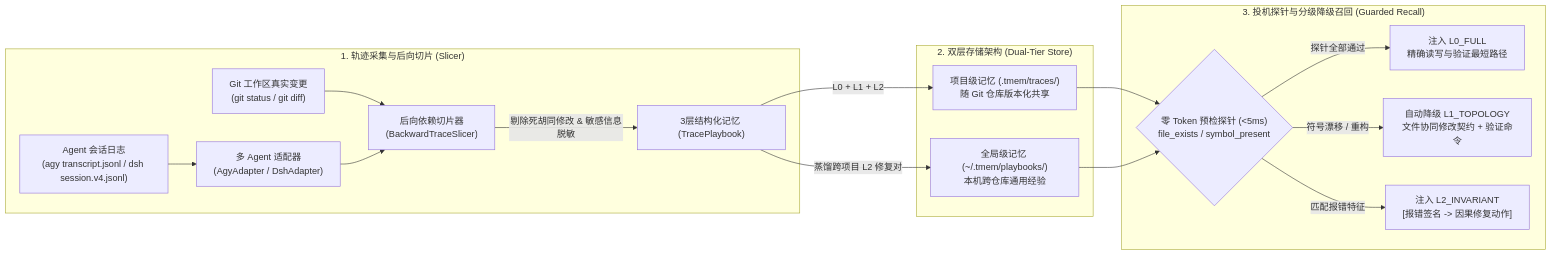
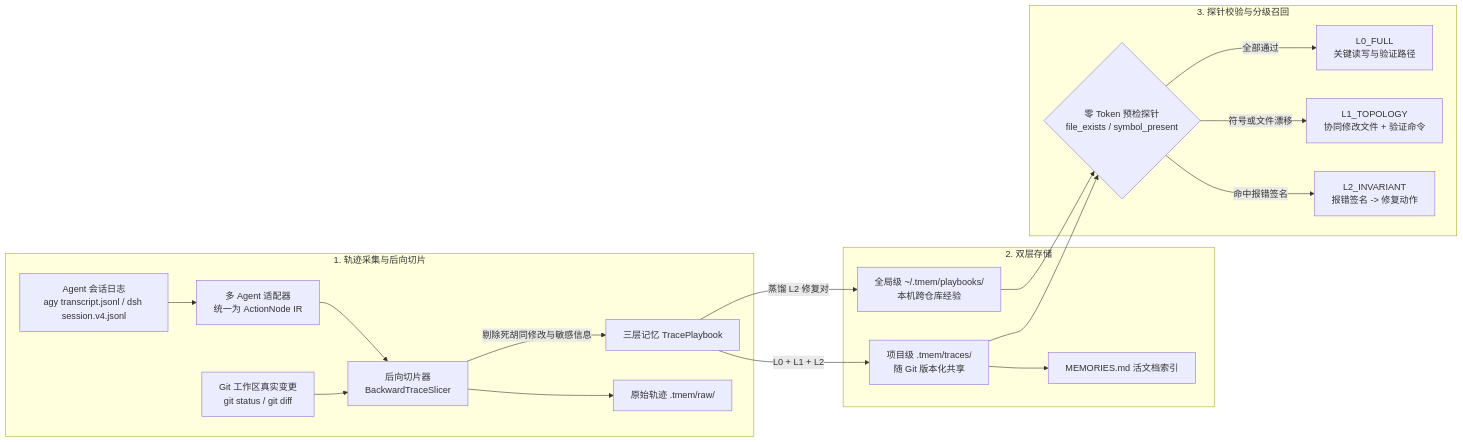
One commit to kentzjh-cmd/tmem changed the first of 2 diagrams in README.md. Above: the diagram before and after it, drawn with Mermaid. The commit also changed other lines of this file and 13 other files, not shown here.

First line of the commit message:
feat: implement Phase 1 deterministic execution-intent graph

````diff
--- a/README.md
+++ b/README.md
@@ -21,21 +52,23 @@
 ```mermaid
 flowchart LR
-    subgraph Capture["1. 轨迹采集与后向切片 (Slicer)"]
-        T["Agent 会话日志\n(agy transcript.jsonl / dsh session.v4.jsonl)"] --> A["多 Agent 适配器\n(AgyAdapter / DshAdapter)"]
-        G["Git 工作区真实变更\n(git status / git diff)"] --> S["后向依赖切片器\n(BackwardTraceSlicer)"]
+    subgraph Capture["1. 轨迹采集与后向切片"]
+        T["Agent 会话日志<br/>agy transcript.jsonl / dsh session.v4.jsonl"] --> A["多 Agent 适配器<br/>统一为 ActionNode IR"]
+        G["Git 工作区真实变更<br/>git status / git diff"] --> S["后向切片器<br/>BackwardTraceSlicer"]
         A --> S
-        S -->|"剔除死胡同修改 & 敏感信息脱敏"| P["3层结构化记忆 (TracePlaybook)"]
+        S -->|"剔除死胡同修改与敏感信息"| P["三层记忆 TracePlaybook"]
+        S --> R["原始轨迹 .tmem/raw/"]
     end
 
-    subgraph Store["2. 双层存储架构 (Dual-Tier Store)"]
-        P -->|"L0 + L1 + L2"| Proj["项目级记忆 (.tmem/traces/)\n随 Git 仓库版本化共享"]
-        P -->|"蒸馏跨项目 L2 修复对"| Glob["全局级记忆 (~/.tmem/playbooks/)\n本机跨仓库通用经验"]
+    subgraph Store["2. 双层存储"]
+        P -->|"L0 + L1 + L2"| Proj["项目级 .tmem/traces/<br/>随 Git 版本化共享"]
+        P -->|"蒸馏 L2 修复对"| Glob["全局级 ~/.tmem/playbooks/<br/>本机跨仓库经验"]
+        Proj --> Doc["MEMORIES.md 活文档索引"]
     end
 
-    subgraph Recall["3. 投机探针与分级降级召回 (Guarded Recall)"]
-        Proj & Glob --> Guard{"零 Token 预检探针 (<5ms)\nfile_exists / symbol_present"}
-        Guard -->|"探针全部通过"| L0["注入 L0_FULL\n精确读写与验证最短路径"]
-        Guard -->|"符号漂移 / 重构"| L1["自动降级 L1_TOPOLOGY\n文件协同修改契约 + 验证命令"]
-        Guard -->|"匹配报错特征"| L2["注入 L2_INVARIANT\n[报错签名 -> 因果修复动作]"]
+    subgraph Recall["3. 探针校验与分级召回"]
+        Proj & Glob --> Guard{"零 Token 预检探针<br/>file_exists / symbol_present"}
+        Guard -->|"全部通过"| L0["L0_FULL<br/>关键读写与验证路径"]
+        Guard -->|"符号或文件漂移"| L1["L1_TOPOLOGY<br/>协同修改文件 + 验证命令"]
+        Guard -->|"命中报错签名"| L2["L2_INVARIANT<br/>报错签名 -> 修复动作"]
     end
 ```
````
